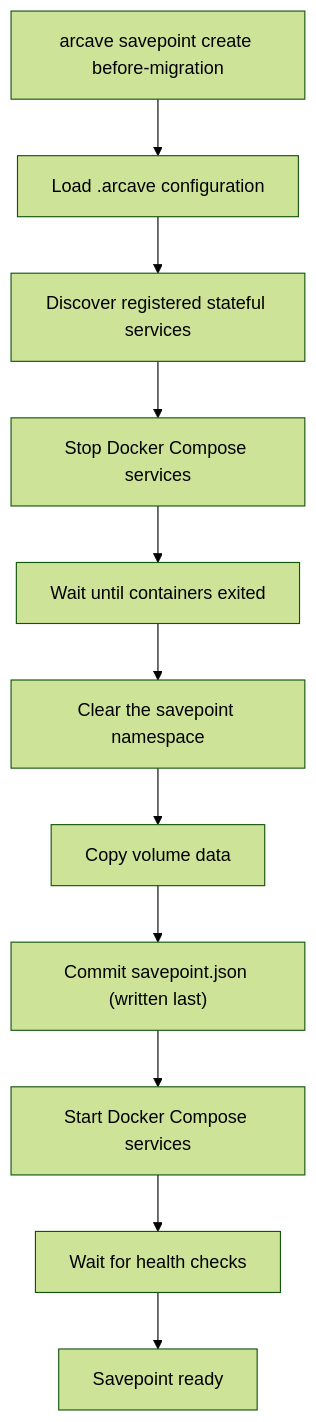
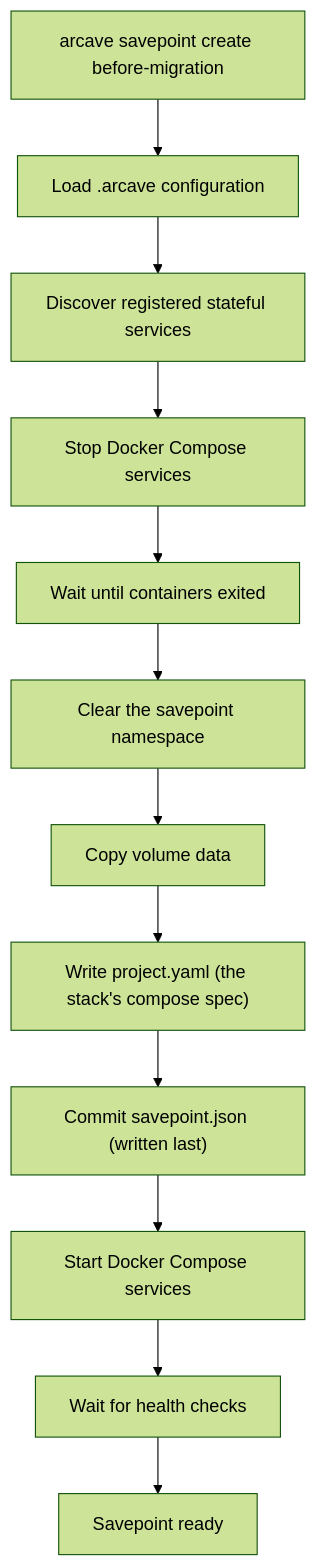
Before and after one commit to GreenmaskIO/arcave: the first of 2 diagrams in doc/spec.md, drawn with Mermaid (forest theme). The commit also changed other lines of this file and 34 other files, not shown here.

````diff
--- a/doc/spec.md
+++ b/doc/spec.md
@@ -53,14 +53,15 @@
 ```mermaid
 flowchart TD
     A["arcave savepoint create before-migration"]
     A --> B["Load .arcave configuration"]
     B --> C["Discover registered stateful services"]
     C --> D["Stop Docker Compose services"]
     D --> E["Wait until containers exited"]
     E --> F["Clear the savepoint namespace"]
     F --> G["Copy volume data"]
-    G --> H["Commit savepoint.json (written last)"]
+    G --> G2["Write project.yaml (the stack's compose spec)"]
+    G2 --> H["Commit savepoint.json (written last)"]
     H --> I["Start Docker Compose services"]
     I --> J["Wait for health checks"]
     J --> K["Savepoint ready"]
 ```
````
